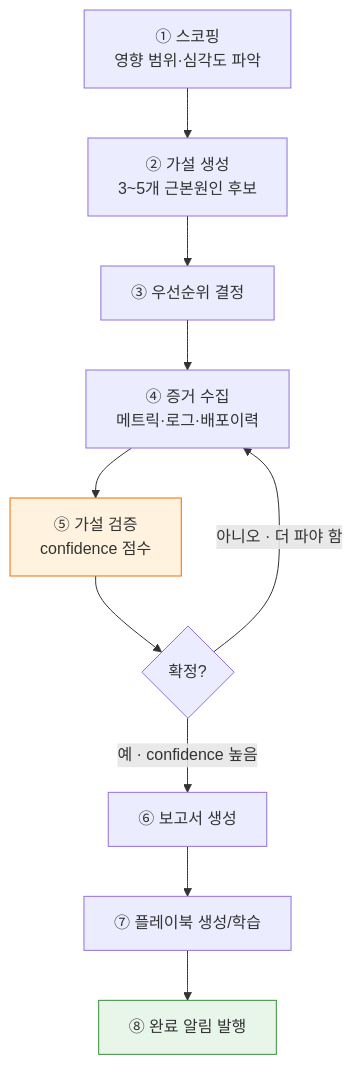
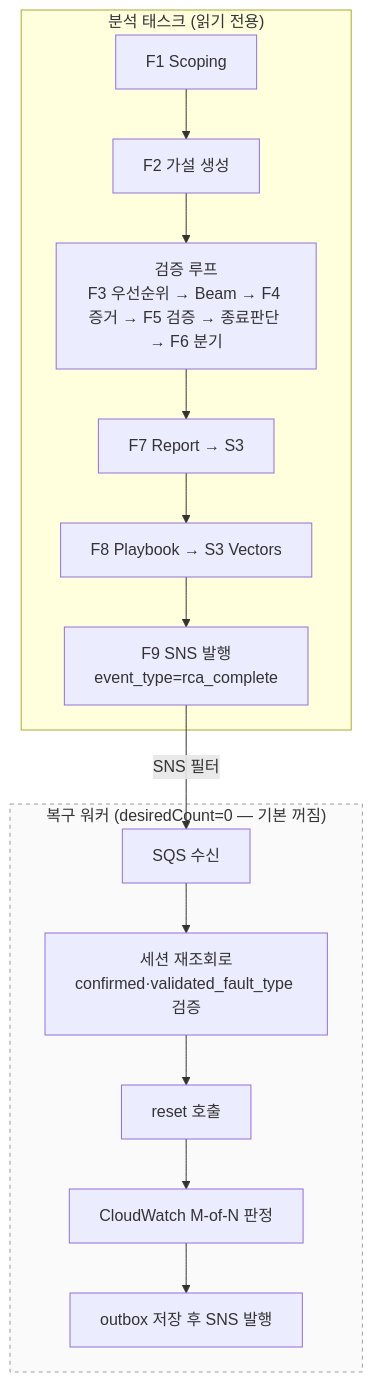
The third of 6 diagrams in docs/rca-to-remediation-flow.md (haandol/rca-agent), drawn with Mermaid before and after one commit. The commit also changed other lines of this file, not shown here.

First line of the commit message:
docs: record the RCA-to-remediation flow as it is and as it should be

````diff
--- a/docs/rca-to-remediation-flow.md
+++ b/docs/rca-to-remediation-flow.md
@@ -156,15 +116,21 @@
 ```mermaid
-graph TD
-    S["① 스코핑<br/>영향 범위·심각도 파악"] --> H["② 가설 생성<br/>3~5개 근본원인 후보"]
-    H --> P["③ 우선순위 결정"]
-    P --> E["④ 증거 수집<br/>메트릭·로그·배포이력"]
-    E --> V["⑤ 가설 검증<br/>confidence 점수"]
-    V --> Branch{"확정?"}
-    Branch -->|"아니오 · 더 파야 함"| E
-    Branch -->|"예 · confidence 높음"| R["⑥ 보고서 생성"]
-    R --> PB["⑦ 플레이북 생성/학습"]
-    PB --> N["⑧ 완료 알림 발행"]
+flowchart TB
+    subgraph Analysis["분석 태스크 (읽기 전용)"]
+        S1["F1 Scoping"] --> S2["F2 가설 생성"]
+        S2 --> S3["검증 루프<br/>F3 우선순위 → Beam → F4 증거 → F5 검증 → 종료판단 → F6 분기"]
+        S3 --> S4["F7 Report → S3"]
+        S4 --> S5["F8 Playbook → S3 Vectors"]
+        S5 --> S6["F9 SNS 발행<br/>event_type=rca_complete"]
+    end
 
-    style V fill:#fff3e0,stroke:#ef6c00
-    style N fill:#e8f5e9,stroke:#388e3c
+    subgraph Worker["복구 워커 (desiredCount=0 — 기본 꺼짐)"]
+        W1["SQS 수신"] --> W2["세션 재조회로<br/>confirmed·validated_fault_type 검증"]
+        W2 --> W3["reset 호출"]
+        W3 --> W4["CloudWatch M-of-N 판정"]
+        W4 --> W5["outbox 저장 후 SNS 발행"]
+    end
+
+    S6 -->|"SNS 필터"| W1
+
+    style Worker fill:#fafafa,stroke:#9e9e9e,stroke-dasharray: 4 4
 ```
````
